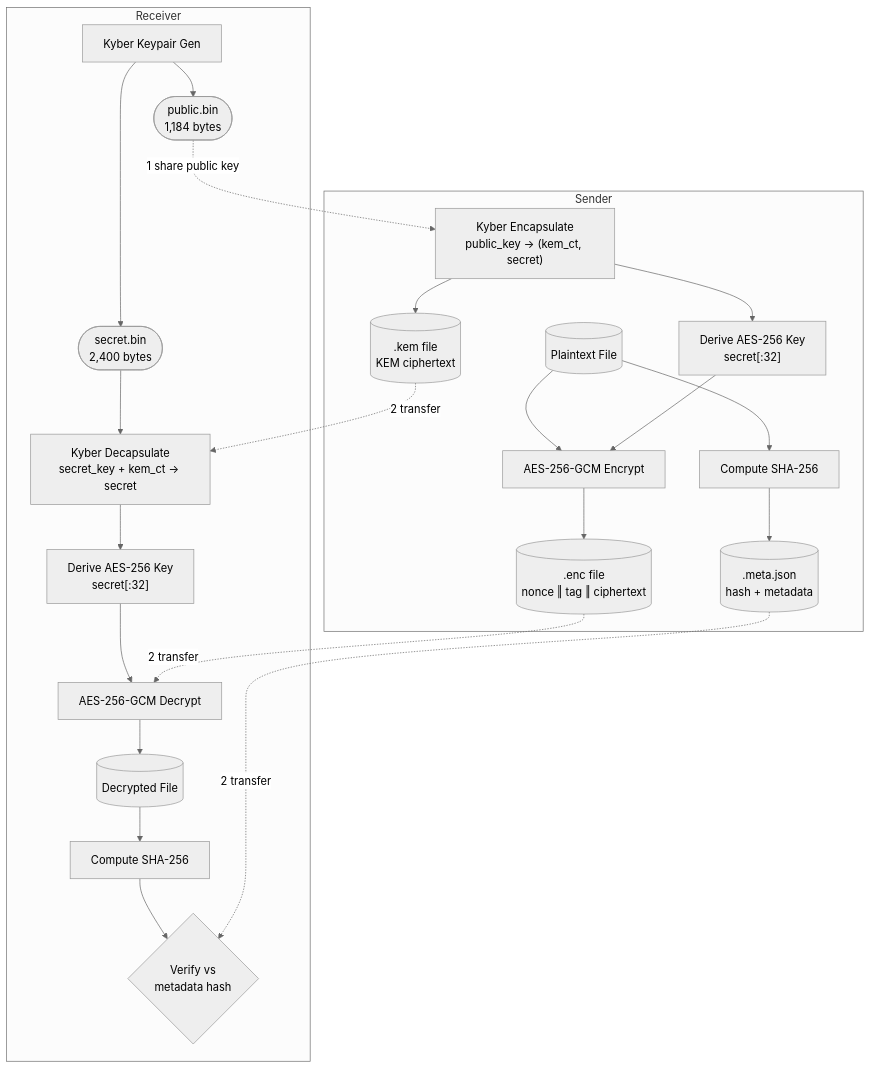
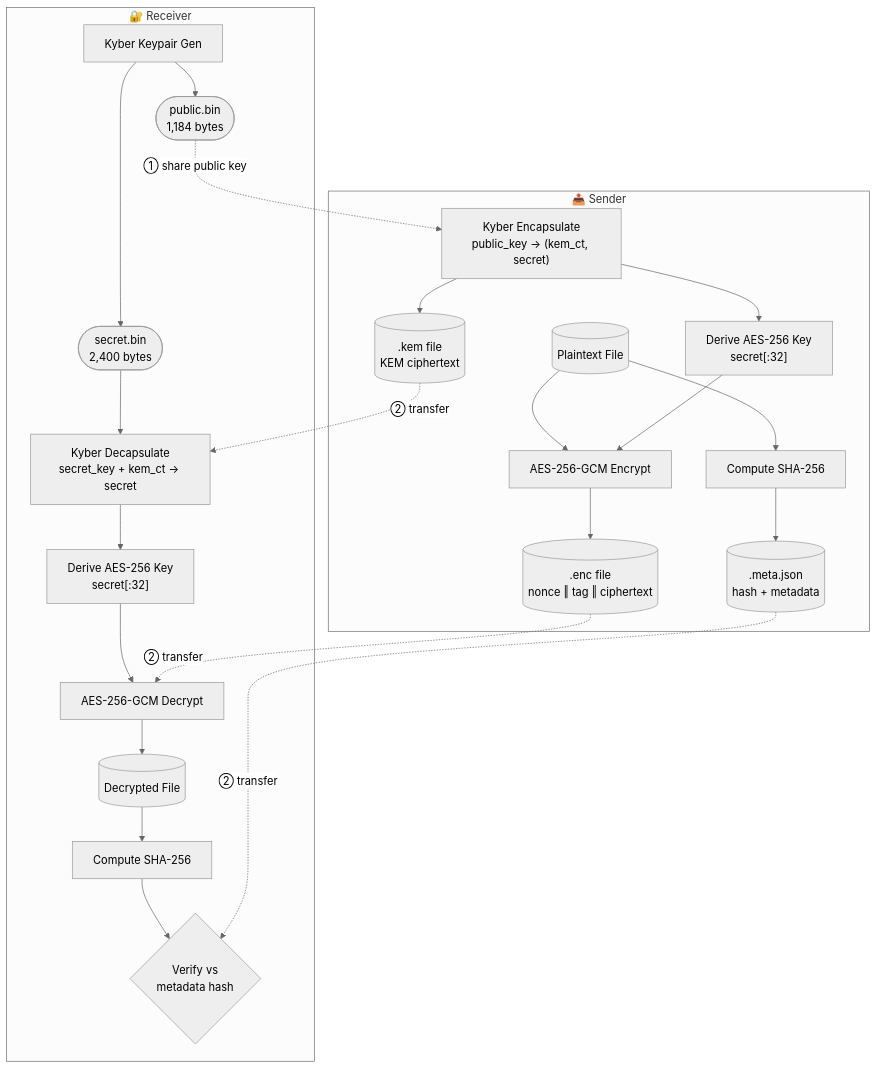
The first of 2 diagrams in DOCS.md (moemairu/pangolin), drawn with Mermaid before and after one commit. The commit also changed other lines of this file and 1 other file, not shown here.

````diff
--- a/DOCS.md
+++ b/DOCS.md
@@ -91,48 +88,58 @@
 ```mermaid
 %%{init: {'theme': 'neutral'}}%%
 flowchart TD
-    subgraph S ["Sender"]
+    subgraph S ["📤 Sender"]
         SF[("Plaintext File")]
         SH["Compute SHA-256"]
-        SE["Kyber Encapsulate\npublic_key → (kem_ct, secret)"]
-        SD["Derive AES-256 Key\nsecret[:32]"]
+        SE["Kyber Encapsulate
+public_key → (kem_ct, secret)"]
+        SD["Derive AES-256 Key
+secret[:32]"]
         SG["AES-256-GCM Encrypt"]
-        SO1[(".enc file\nnonce ‖ tag ‖ ciphertext")]
-        SO2[(".kem file\nKEM ciphertext")]
-        SO3[(".meta.json\nhash + metadata")]
+        SO1[(".enc file
+nonce ‖ tag ‖ ciphertext")]
+        SO2[(".kem file
+KEM ciphertext")]
+        SO3[(".meta.json
+hash + metadata")]
 
         SF --> SH
         SF --> SG
         SE --> SD
         SD --> SG
         SG --> SO1
         SE --> SO2
         SH --> SO3
     end
 
-    subgraph R ["Receiver"]
+    subgraph R ["🔐 Receiver"]
         RK["Kyber Keypair Gen"]
-        RPK(["public.bin\n1,184 bytes"])
-        RSK(["secret.bin\n2,400 bytes"])
-        RD["Kyber Decapsulate\nsecret_key + kem_ct → secret"]
-        RA["Derive AES-256 Key\nsecret[:32]"]
+        RPK(["public.bin
+1,184 bytes"])
+        RSK(["secret.bin
+2,400 bytes"])
+        RD["Kyber Decapsulate
+secret_key + kem_ct → secret"]
+        RA["Derive AES-256 Key
+secret[:32]"]
         RG["AES-256-GCM Decrypt"]
         RF[("Decrypted File")]
         RH["Compute SHA-256"]
-        RV{"Verify vs\nmetadata hash"}
+        RV{"Verify vs
+metadata hash"}
 
         RK --> RPK
         RK --> RSK
         RSK --> RD
         RD --> RA
         RA --> RG
         RG --> RF
         RF --> RH
         RH --> RV
     end
 
-    RPK -. "1  share public key" .-> SE
-    SO2 -. "2  transfer" .-> RD
-    SO1 -. "2  transfer" .-> RG
-    SO3 -. "2  transfer" .-> RV
+    RPK -. "① share public key" .-> SE
+    SO2 -. "② transfer" .-> RD
+    SO1 -. "② transfer" .-> RG
+    SO3 -. "② transfer" .-> RV
 ```
````
